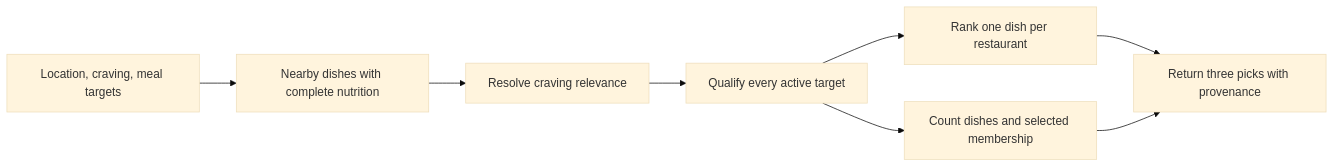
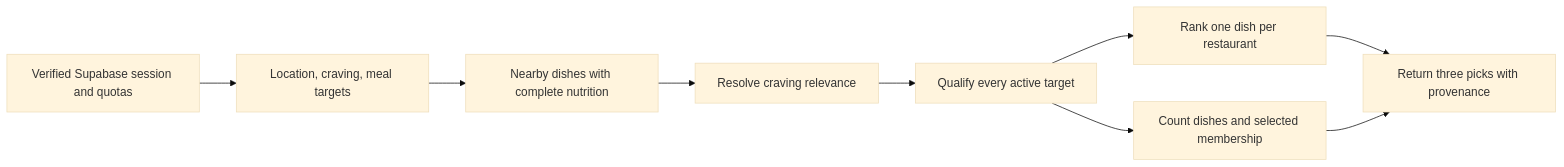
One commit to dgmolla/fitsy changed the diagram in docs/engineering/backend/goal-matched-preview.md. Above: the diagram before and after it, drawn with Mermaid (base theme). The commit also changed other lines of this file and 82 other files, not shown here.

````diff
--- a/docs/engineering/backend/goal-matched-preview.md
+++ b/docs/engineering/backend/goal-matched-preview.md
@@ -7,10 +7,11 @@
 ```mermaid
 flowchart LR
-    A[Location, craving, meal targets] --> B[Nearby dishes with complete nutrition]
+    S[Verified Supabase session and quotas] --> A[Location, craving, meal targets]
+    A --> B[Nearby dishes with complete nutrition]
     B --> C[Resolve craving relevance]
     C --> D[Qualify every active target]
     D --> E[Count dishes and selected membership]
     D --> F[Rank one dish per restaurant]
     F --> G[Return three picks with provenance]
     E --> G
 ```
````
